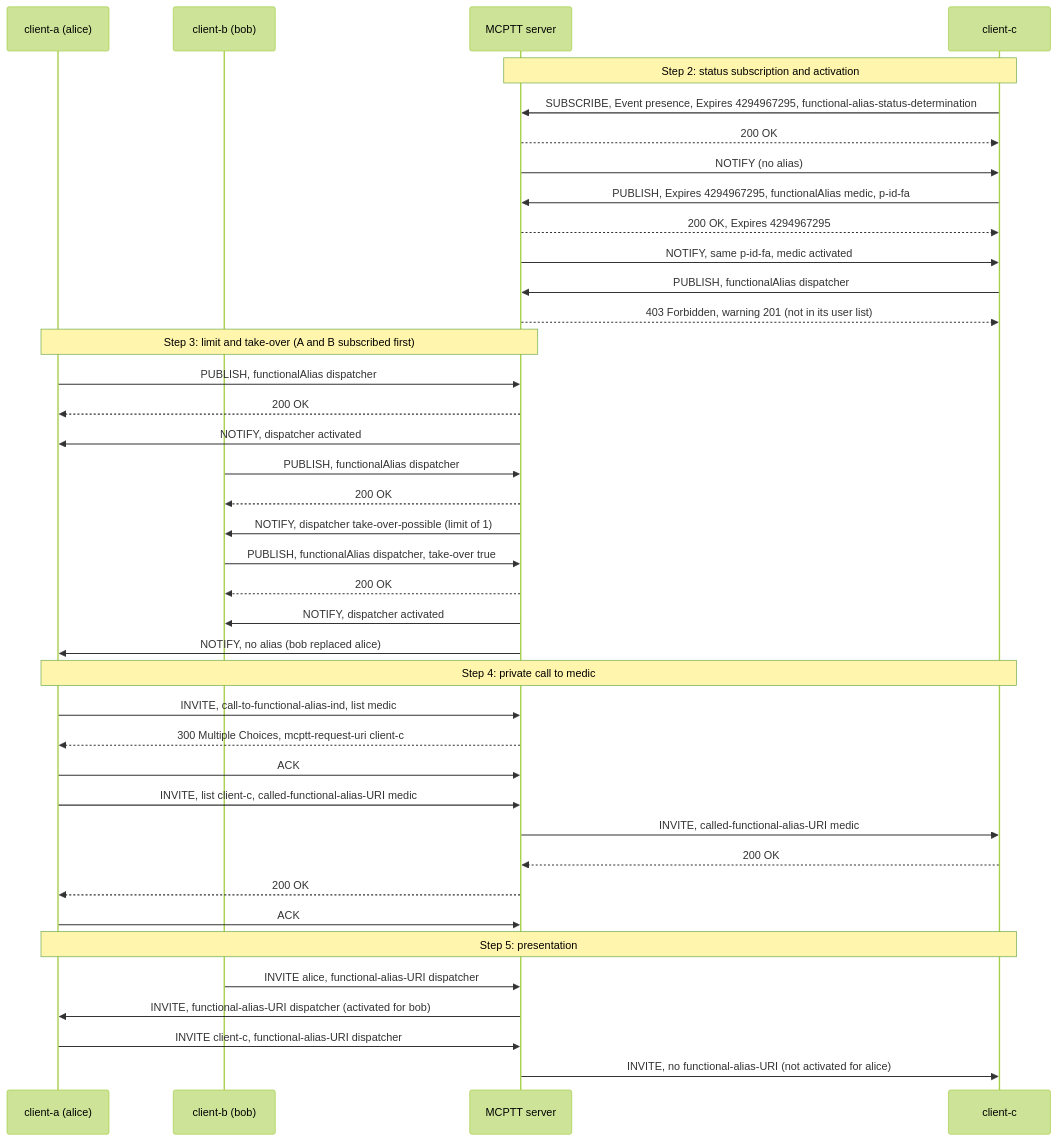
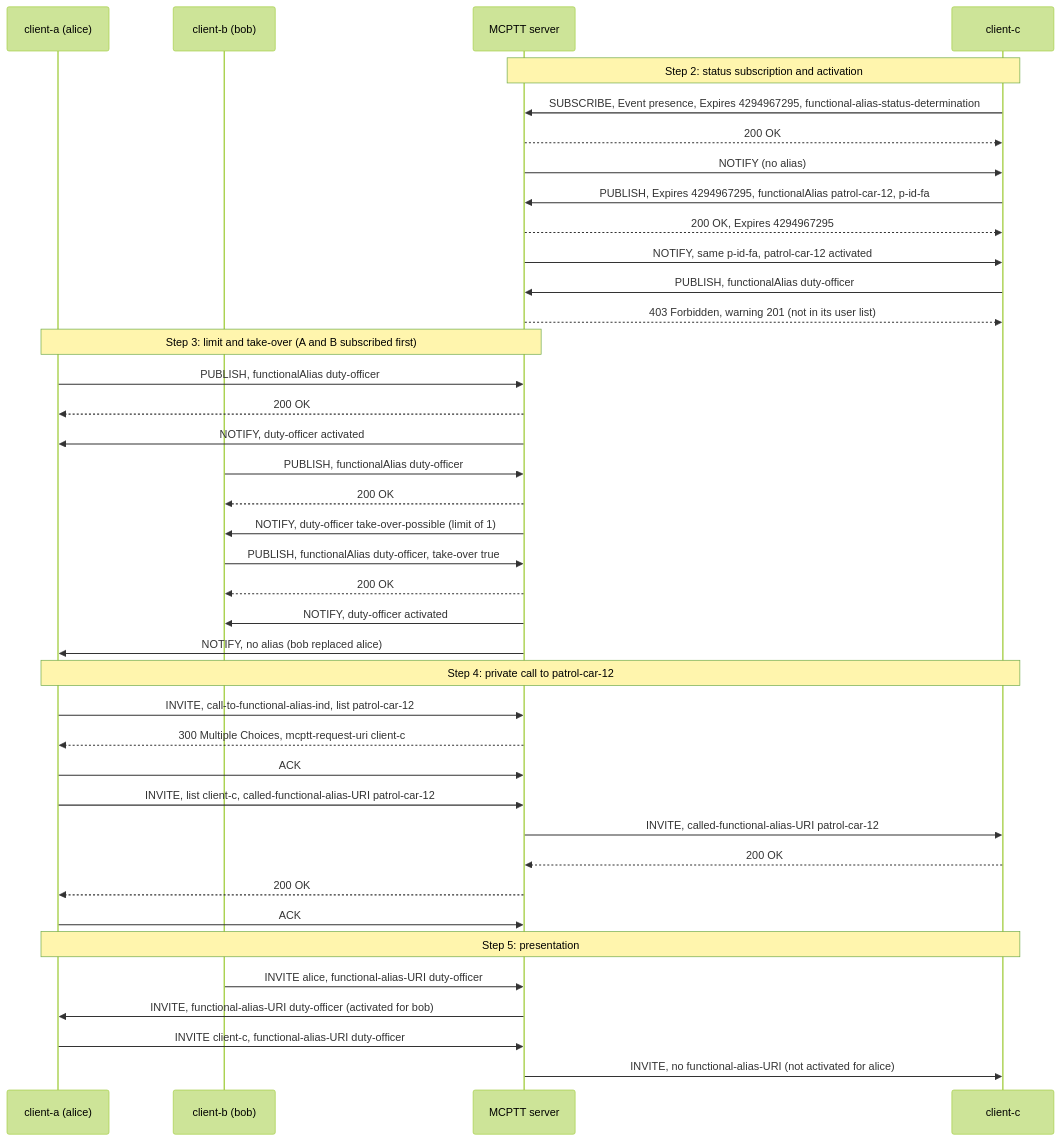
Before and after one commit to openMCX/openmcx-server: the diagram in tutorials/unit-tests/11-functional-aliases/README.md, drawn with Mermaid (forest theme). The commit also changed other lines of this file and 29 other files, not shown here.

````diff
--- a/tutorials/unit-tests/11-functional-aliases/README.md
+++ b/tutorials/unit-tests/11-functional-aliases/README.md
@@ -264,41 +264,41 @@
 ```mermaid
 sequenceDiagram
     participant A as client-a (alice)
     participant B as client-b (bob)
     participant S as MCPTT server
     participant C as client-c
     Note over C,S: Step 2: status subscription and activation
     C->>S: SUBSCRIBE, Event presence, Expires 4294967295, functional-alias-status-determination
     S-->>C: 200 OK
     S->>C: NOTIFY (no alias)
-    C->>S: PUBLISH, Expires 4294967295, functionalAlias medic, p-id-fa
+    C->>S: PUBLISH, Expires 4294967295, functionalAlias patrol-car-12, p-id-fa
     S-->>C: 200 OK, Expires 4294967295
-    S->>C: NOTIFY, same p-id-fa, medic activated
-    C->>S: PUBLISH, functionalAlias dispatcher
+    S->>C: NOTIFY, same p-id-fa, patrol-car-12 activated
+    C->>S: PUBLISH, functionalAlias duty-officer
     S-->>C: 403 Forbidden, warning 201 (not in its user list)
     Note over A,S: Step 3: limit and take-over (A and B subscribed first)
-    A->>S: PUBLISH, functionalAlias dispatcher
+    A->>S: PUBLISH, functionalAlias duty-officer
     S-->>A: 200 OK
-    S->>A: NOTIFY, dispatcher activated
-    B->>S: PUBLISH, functionalAlias dispatcher
+    S->>A: NOTIFY, duty-officer activated
+    B->>S: PUBLISH, functionalAlias duty-officer
     S-->>B: 200 OK
-    S->>B: NOTIFY, dispatcher take-over-possible (limit of 1)
-    B->>S: PUBLISH, functionalAlias dispatcher, take-over true
+    S->>B: NOTIFY, duty-officer take-over-possible (limit of 1)
+    B->>S: PUBLISH, functionalAlias duty-officer, take-over true
     S-->>B: 200 OK
-    S->>B: NOTIFY, dispatcher activated
+    S->>B: NOTIFY, duty-officer activated
     S->>A: NOTIFY, no alias (bob replaced alice)
-    Note over A,C: Step 4: private call to medic
-    A->>S: INVITE, call-to-functional-alias-ind, list medic
+    Note over A,C: Step 4: private call to patrol-car-12
+    A->>S: INVITE, call-to-functional-alias-ind, list patrol-car-12
     S-->>A: 300 Multiple Choices, mcptt-request-uri client-c
     A->>S: ACK
-    A->>S: INVITE, list client-c, called-functional-alias-URI medic
-    S->>C: INVITE, called-functional-alias-URI medic
+    A->>S: INVITE, list client-c, called-functional-alias-URI patrol-car-12
+    S->>C: INVITE, called-functional-alias-URI patrol-car-12
     C-->>S: 200 OK
     S-->>A: 200 OK
     A->>S: ACK
     Note over A,C: Step 5: presentation
-    B->>S: INVITE alice, functional-alias-URI dispatcher
-    S->>A: INVITE, functional-alias-URI dispatcher (activated for bob)
-    A->>S: INVITE client-c, functional-alias-URI dispatcher
+    B->>S: INVITE alice, functional-alias-URI duty-officer
+    S->>A: INVITE, functional-alias-URI duty-officer (activated for bob)
+    A->>S: INVITE client-c, functional-alias-URI duty-officer
     S->>C: INVITE, no functional-alias-URI (not activated for alice)
 ```
````
